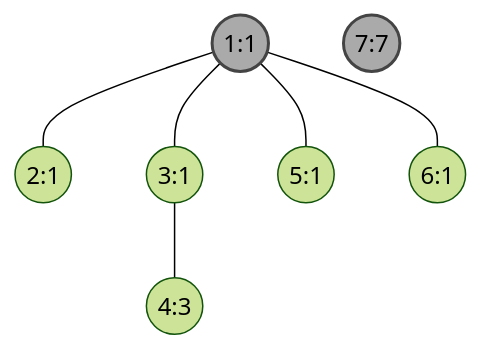
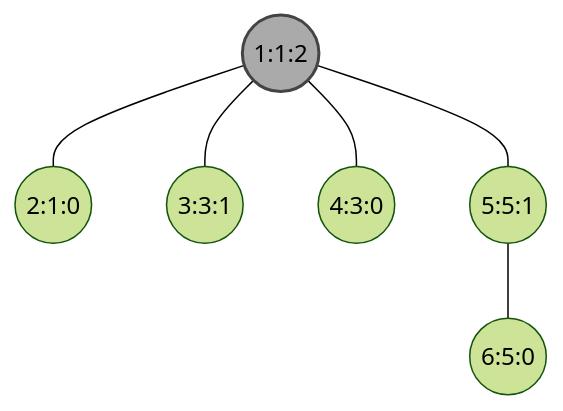
The third of 3 diagrams in _posts/computer science/algorithm/2025-07-20-disjoint-set-forest.md (berryjune07/berryjune07.github.io), drawn with Mermaid (forest theme) before and after one commit. The commit also changed other lines of this file and 189 other files, not shown here.

````diff
--- a/_posts/computer science/algorithm/2025-07-20-disjoint-set-forest.md
+++ b/_posts/computer science/algorithm/2025-07-20-disjoint-set-forest.md
@@ -67,8 +61,7 @@
 ```mermaid
 graph TD
-    A((1:1)):::root;B((2:1));C((3:1));
-    D((4:3));E((5:1));F((6:1));G((7:7)):::root;
-    A---B & E & F; A---C---D;
-
+    A((1:1:2)):::root; B((2:1:0)); C((3:3:1));
+    D((4:3:0)); E((5:5:1)); F((6:5:0));
+    A---B & C & D & E; E---F;
     classDef root fill:#aaa,stroke:#444,stroke-width:2px;
 ```
````
